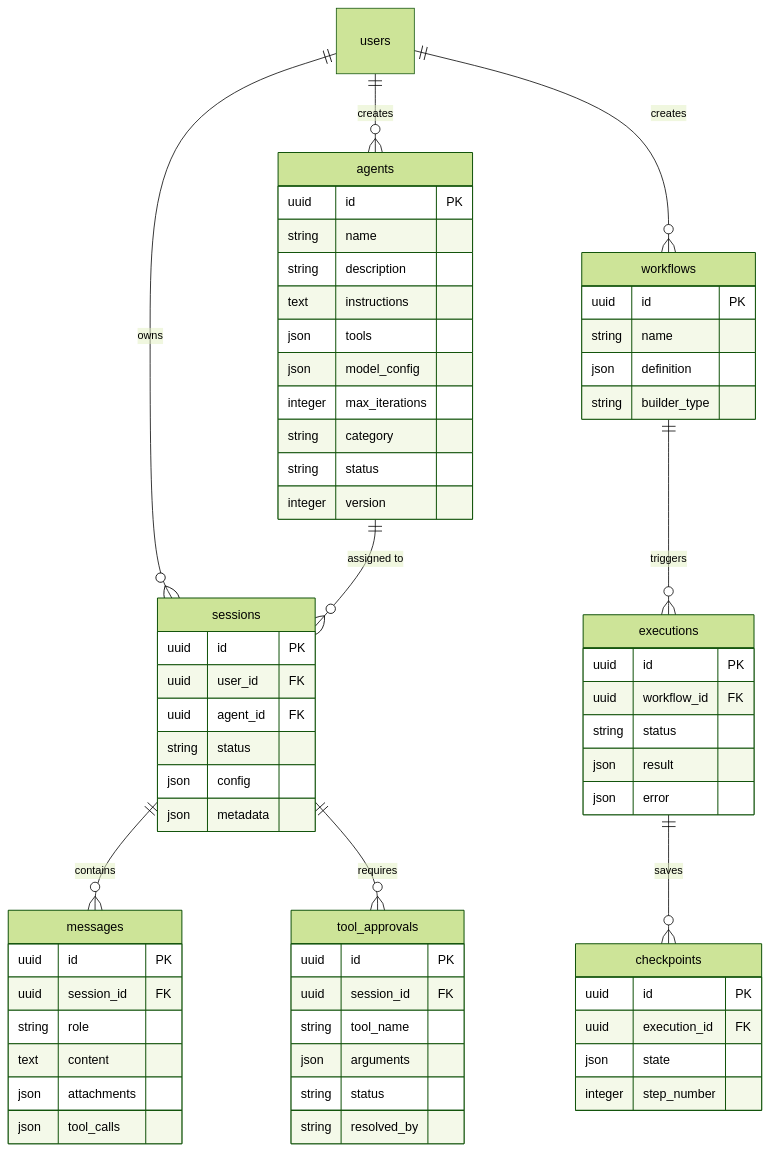
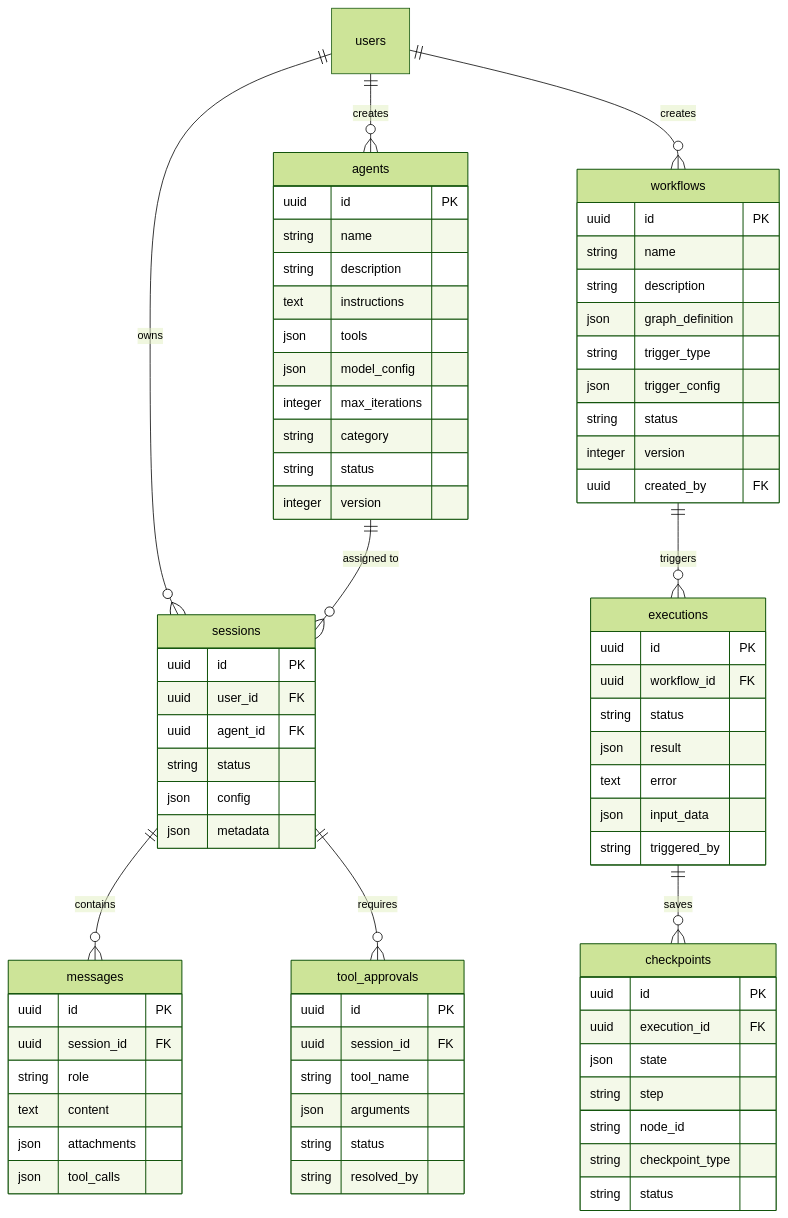
The diagram in docs/07-analysis/V9/08-data-model/data-model-analysis.md (laitim2001/ai-semantic-kernel-framework-project), drawn with Mermaid (forest theme) before and after one commit.

Commit message:
docs(analysis): V9 Wave 5 deep verification fixes — cross-cutting + data model corrections
Wave 5: 6 agents, 60 claims verified. 44 PASS, 2 PARTIAL, 14 FAIL.

Data model ER diagram fixes:
- Workflow: removed builder_type (doesn't exist), definition→graph_definition,
  added description/trigger_type/trigger_config/status/version/created_by
- Execution: error type json→text, added input_data/triggered_by
- Checkpoint: step_number(int)→step(string), added node_id/checkpoint_type/status
- Agent model already fixed in Wave 4

Notable findings (documented, minor fixes needed in future):
- Security: PromptGuard has 19 patterns not 17; RS256 recommendation not in code
- Frontend: hooks 17→24 (7 new), pages 39→~45
- API: ~540 endpoints/41 modules (not 575/39)
- Flows: endpoint prefix /orchestrator→/orchestration, SSE type count 12→13
- HITLController: create_approval()→request_approval()

Clean results: dependency-analysis 10/10, memory-architecture 9/10

````diff
--- a/docs/07-analysis/V9/08-data-model/data-model-analysis.md
+++ b/docs/07-analysis/V9/08-data-model/data-model-analysis.md
@@ -122,8 +122,13 @@
     workflows {
         uuid id PK
         string name
-        json definition
-        string builder_type
+        string description
+        json graph_definition
+        string trigger_type
+        json trigger_config
+        string status
+        integer version
+        uuid created_by FK
     }
 
     executions ||--o{ checkpoints : "saves"
@@ -132,13 +137,18 @@
         uuid workflow_id FK
         string status
         json result
-        json error
+        text error
+        json input_data
+        string triggered_by
     }
 
     checkpoints {
         uuid id PK
         uuid execution_id FK
         json state
-        integer step_number
+        string step
+        string node_id
+        string checkpoint_type
+        string status
     }
 ```
````
